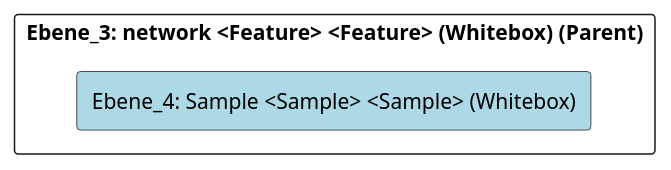
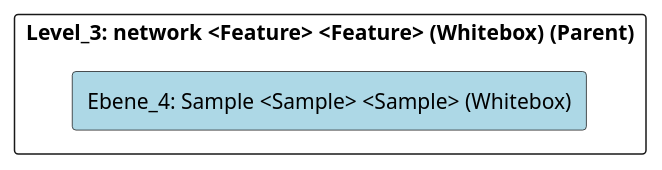
The diagram in doc/cleonproject_deliverables_architecture_model_architecture/adoc/de/05_bausteinsicht/cleon/modeling_languages/network/sample/ebene_4_sample.adoc (marcozwyssig/cleon), drawn with PlantUML before and after one commit. The commit also changed other lines of this file and 169 other files, not shown here.

```diff
--- a/doc/cleonproject_deliverables_architecture_model_architecture/adoc/de/05_bausteinsicht/cleon/modeling_languages/network/sample/ebene_4_sample.adoc
+++ b/doc/cleonproject_deliverables_architecture_model_architecture/adoc/de/05_bausteinsicht/cleon/modeling_languages/network/sample/ebene_4_sample.adoc
@@ -20,24 +20,24 @@
 [plantuml, Ebene_4: Sample <Sample> <Sample> (Whitebox)BlockOverview, format="svg"]
 ----
 @startuml Ebene_4: Sample <Sample> <Sample> (Whitebox)BuildingBlockOverview
 
 skinparam ranksep 10
 skinparam componentStyle rectangle
 skinparam shadowing false
 skinparam arrowColor lightblue
 skinparam arrowThickness 1.2
 skinparam rectangle {
   BackgroundColor White
   BorderColor #333
   RoundCorner 10
 }
 top to bottom direction
 
-component "Ebene_3: network <Feature> <Feature> (Whitebox) (Parent)" {
+component "Level_3: network <Feature> <Feature> (Whitebox) (Parent)" {
     component "Ebene_4: Sample <Sample> <Sample> (Whitebox)" #lightblue {
     }
 
 }
 
 @enduml
 ----
```
